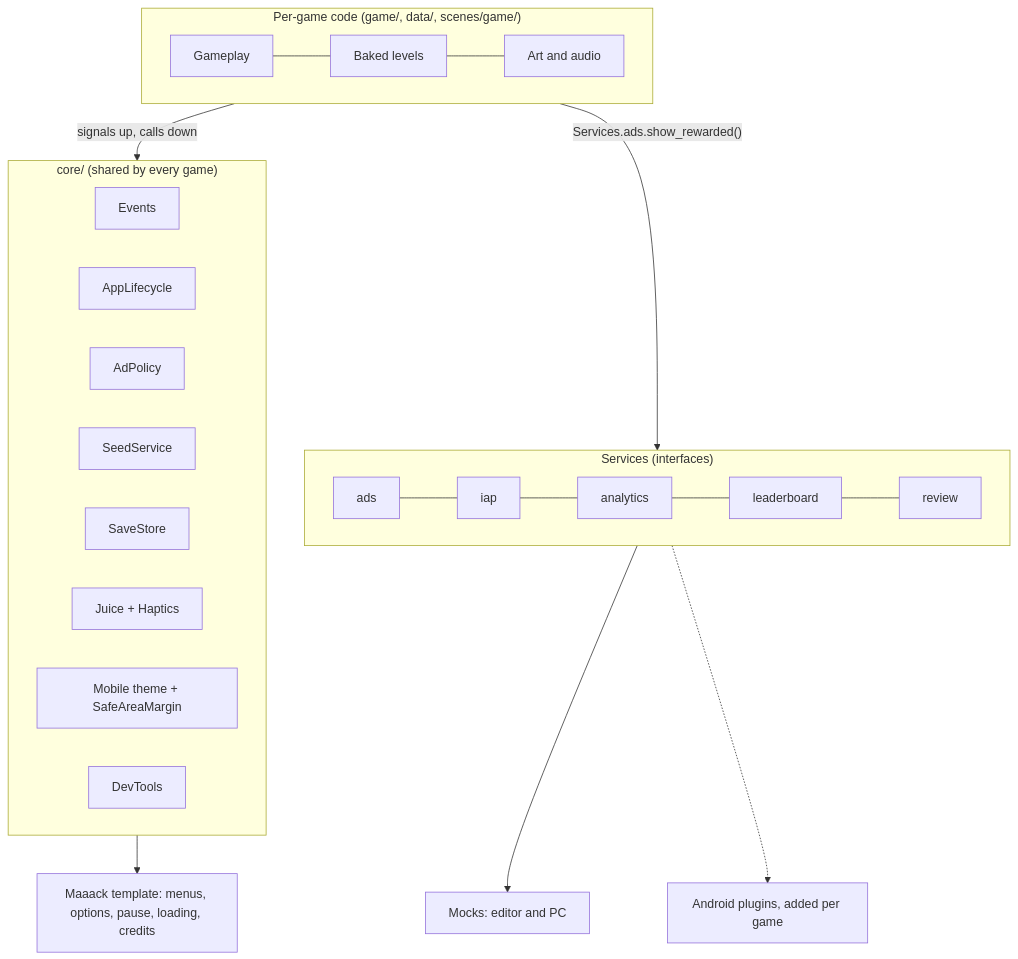
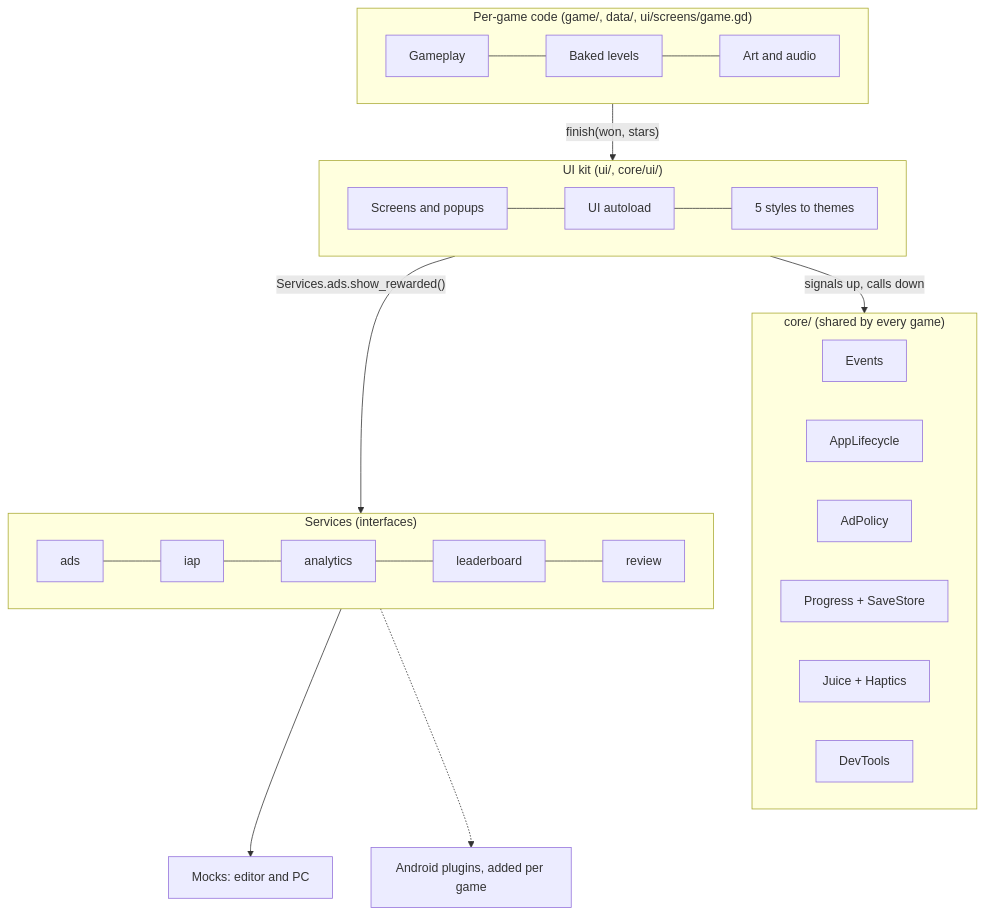
One commit to MehulKumars/halves changed the diagram in README.md. Above: the diagram before and after it, drawn with Mermaid. The commit also changed other lines of this file and 309 other files, not shown here.

First line of the commit message:
Add a mobile UI kit: 12 screens and popups in 5 styles

````diff
--- a/README.md
+++ b/README.md
@@ -49,28 +61,28 @@
 ```mermaid
 flowchart TB
-    subgraph Game["Per-game code (game/, data/, scenes/game/)"]
+    subgraph Game["Per-game code (game/, data/, ui/screens/game.gd)"]
         G1[Gameplay] --- G2[Baked levels] --- G3[Art and audio]
+    end
+    subgraph UIKit["UI kit (ui/, core/ui/)"]
+        SC[Screens and popups] --- UI[UI autoload] --- ST[5 styles to themes]
     end
     subgraph Core["core/ (shared by every game)"]
         E[Events]
         AL[AppLifecycle]
         AP[AdPolicy]
-        SS[SeedService]
-        SV[SaveStore]
+        PR[Progress + SaveStore]
         J[Juice + Haptics]
-        T[Mobile theme + SafeAreaMargin]
         DT[DevTools]
     end
     subgraph Services["Services (interfaces)"]
         A[ads] --- I[iap] --- AN[analytics] --- L[leaderboard] --- R[review]
     end
     M[Mocks: editor and PC]
     P[Android plugins, added per game]
-    Maaack[Maaack template: menus, options, pause, loading, credits]
 
-    Game -- "signals up, calls down" --> Core
-    Game -- "Services.ads.show_rewarded()" --> Services
-    Core --> Maaack
+    Game -- "finish(won, stars)" --> UIKit
+    UIKit -- "signals up, calls down" --> Core
+    UIKit -- "Services.ads.show_rewarded()" --> Services
     Services --> M
     Services -.-> P
 ```
````
